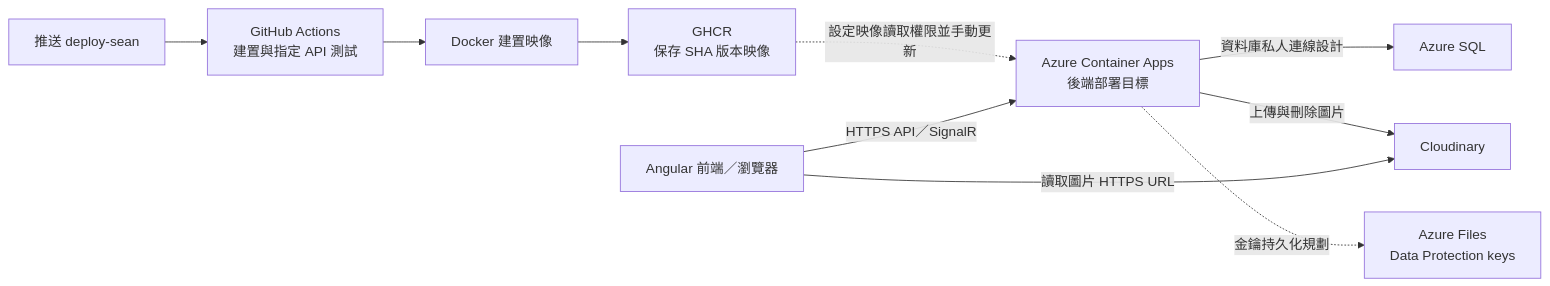
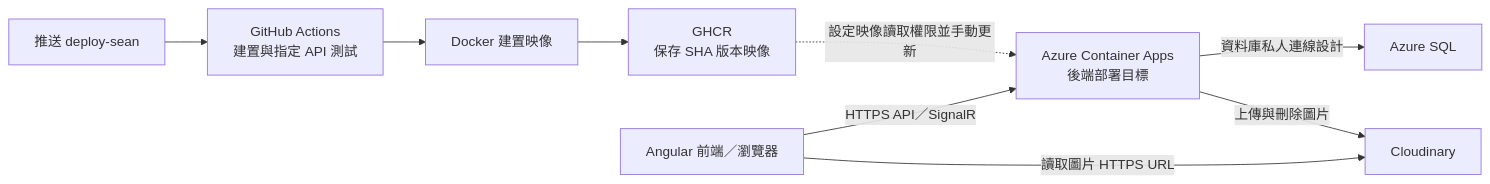
Before and after one commit to f890420-source/slnGoHike: the diagram in prjGoHike/docs/雲端部署技術總結_組員問答版.md, drawn with Mermaid. The commit also changed other lines of this file and 2 other files, not shown here.

````diff
--- a/prjGoHike/docs/雲端部署技術總結_組員問答版.md
+++ b/prjGoHike/docs/雲端部署技術總結_組員問答版.md
@@ -15,12 +17,11 @@
 ```mermaid
 flowchart LR
     Dev[推送 deploy-sean] --> Actions[GitHub Actions\n建置與指定 API 測試]
     Actions --> Docker[Docker 建置映像]
     Docker --> GHCR[GHCR\n保存 SHA 版本映像]
     GHCR -. 設定映像讀取權限並手動更新 .-> ACA[Azure Container Apps\n後端部署目標]
     Browser[Angular 前端／瀏覽器] -->|HTTPS API／SignalR| ACA
     ACA -->|資料庫私人連線設計| SQL[Azure SQL]
     ACA -->|上傳與刪除圖片| Cloudinary[Cloudinary]
     Browser -->|讀取圖片 HTTPS URL| Cloudinary
-    ACA -. 金鑰持久化規劃 .-> Files[Azure Files\nData Protection keys]
 ```
````
